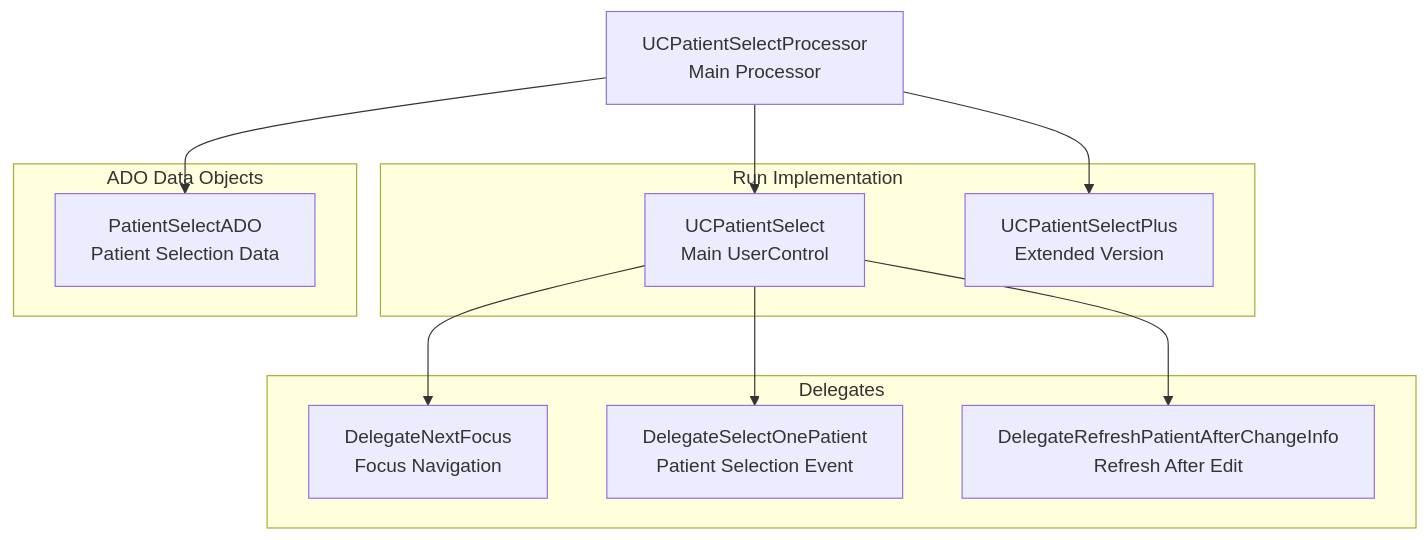
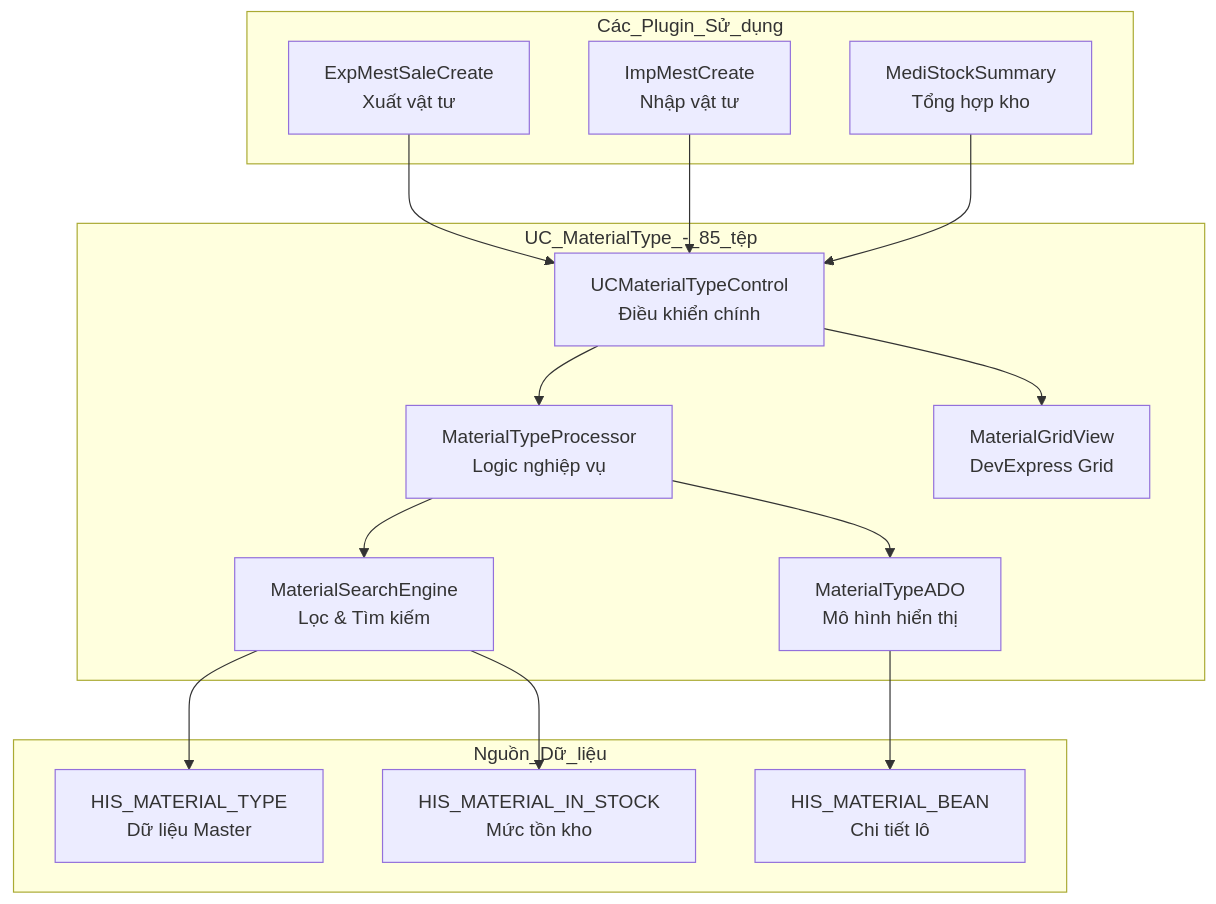
Diagram 14 of 20 in docs/his-ba-documentation/02-modules/uc-controls/form-type-controls.md (thangpnb/HIS), drawn with Mermaid before and after one commit. The commit also changed other lines of this file and 30 other files, not shown here.

Commit message:
Refactor architecture docs and update translations

````diff
--- a/docs/his-ba-documentation/02-modules/uc-controls/form-type-controls.md
+++ b/docs/his-ba-documentation/02-modules/uc-controls/form-type-controls.md
@@ -957,27 +1682,35 @@
 ```mermaid
 graph TB
-    Processor["UCPatientSelectProcessor<br/>Main Processor"]
-    
-    subgraph "Run Implementation"
-        UCPatientSelect["UCPatientSelect<br/>Main UserControl"]
-        UCPatientSelectPlus["UCPatientSelectPlus<br/>Extended Version"]
+    subgraph "UC_MaterialType_-_85_tệp"
+        MaterialControl["UCMaterialTypeControl<br/>Điều khiển chính"]
+        MaterialADO["MaterialTypeADO<br/>Mô hình hiển thị"]
+        MaterialProcessor["MaterialTypeProcessor<br/>Logic nghiệp vụ"]
+        MaterialGrid["MaterialGridView<br/>DevExpress Grid"]
+        MaterialSearch["MaterialSearchEngine<br/>Lọc & Tìm kiếm"]
     end
     
-    subgraph "ADO Data Objects"
-        PatientSelectADO["PatientSelectADO<br/>Patient Selection Data"]
+    subgraph "Nguồn_Dữ_liệu"
+        MaterialTypeTable["HIS_MATERIAL_TYPE<br/>Dữ liệu Master"]
+        MaterialInStockTable["HIS_MATERIAL_IN_STOCK<br/>Mức tồn kho"]
+        MaterialBeanTable["HIS_MATERIAL_BEAN<br/>Chi tiết lô"]
     end
     
-    subgraph "Delegates"
-        DelegateNextFocus["DelegateNextFocus<br/>Focus Navigation"]
-        DelegateSelectOnePatient["DelegateSelectOnePatient<br/>Patient Selection Event"]
-        DelegateRefreshPatientAfterChangeInfo["DelegateRefreshPatientAfterChangeInfo<br/>Refresh After Edit"]
+    subgraph "Các_Plugin_Sử_dụng"
+        ExpMestCreate["ExpMestSaleCreate<br/>Xuất vật tư"]
+        ImpMestCreate["ImpMestCreate<br/>Nhập vật tư"]
+        MediStockSummary["MediStockSummary<br/>Tổng hợp kho"]
     end
     
-    Processor --> UCPatientSelect
-    Processor --> UCPatientSelectPlus
-    Processor --> PatientSelectADO
+    MaterialControl --> MaterialProcessor
+    MaterialControl --> MaterialGrid
+    MaterialProcessor --> MaterialSearch
+    MaterialProcessor --> MaterialADO
     
-    UCPatientSelect --> DelegateNextFocus
-    UCPatientSelect --> DelegateSelectOnePatient
-    UCPatientSelect --> DelegateRefreshPatientAfterChangeInfo
+    MaterialSearch --> MaterialTypeTable
+    MaterialSearch --> MaterialInStockTable
+    MaterialADO --> MaterialBeanTable
+    
+    ExpMestCreate --> MaterialControl
+    ImpMestCreate --> MaterialControl
+    MediStockSummary --> MaterialControl
 ```
````
